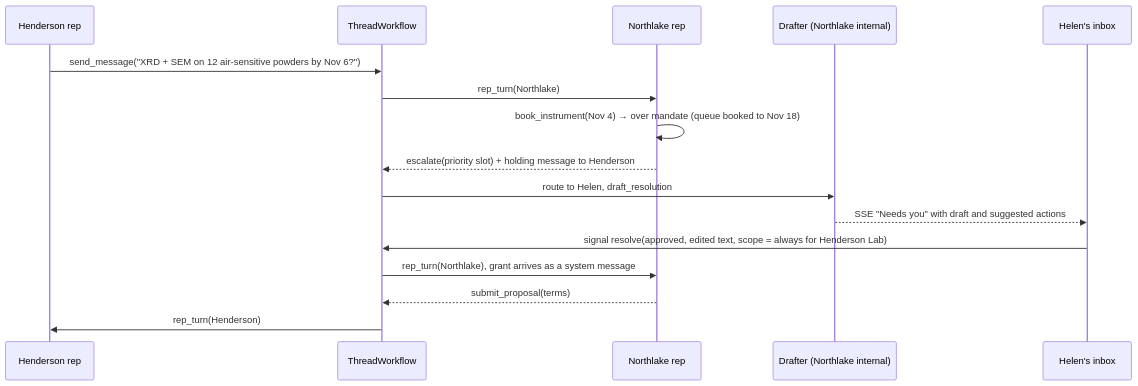
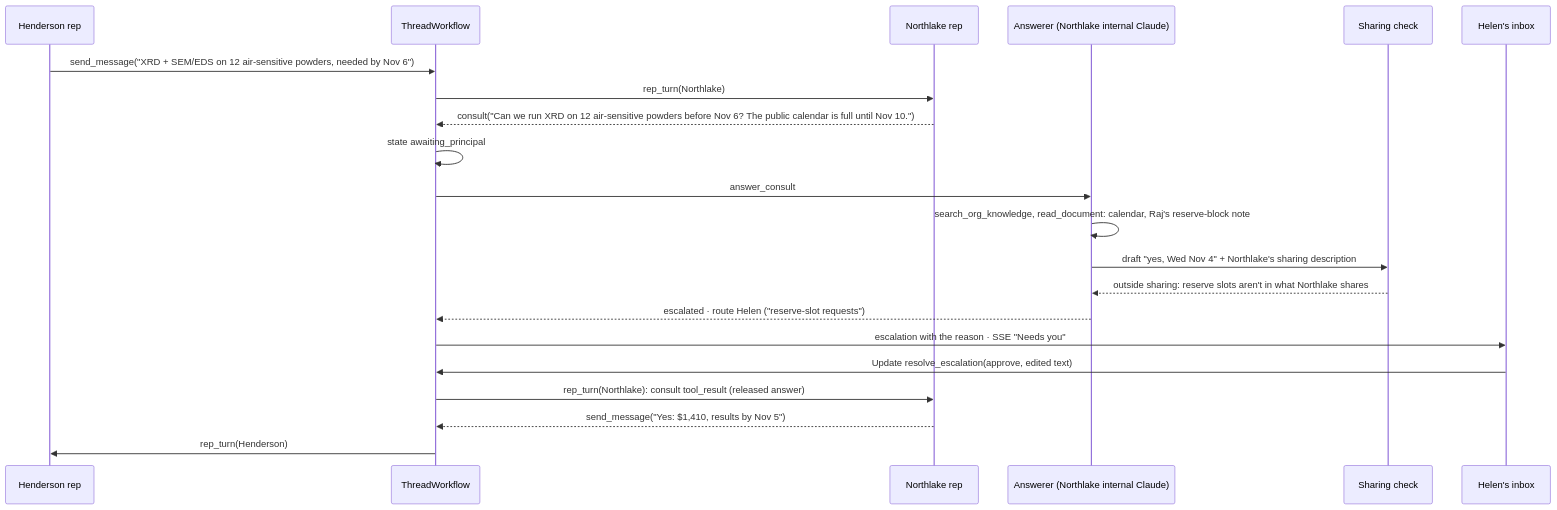
One commit to wjack/harmony changed the second of 2 diagrams in docs/ARCHITECTURE.md. Above: the diagram before and after it, drawn with Mermaid. The commit also changed other lines of this file and 622 other files, not shown here.

````diff
--- a/docs/ARCHITECTURE.md
+++ b/docs/ARCHITECTURE.md
@@ -217,18 +353,23 @@
 ```mermaid
 sequenceDiagram
   participant H as Henderson rep
   participant T as ThreadWorkflow
   participant N as Northlake rep
-  participant D as Drafter (Northlake internal)
+  participant C as Answerer (Northlake internal Claude)
+  participant S as Sharing check
   participant I as Helen's inbox
-  H->>T: send_message("XRD + SEM on 12 air-sensitive powders by Nov 6?")
+  H->>T: send_message("XRD + SEM/EDS on 12 air-sensitive powders, needed by Nov 6")
   T->>N: rep_turn(Northlake)
-  N->>N: book_instrument(Nov 4) → over mandate (queue booked to Nov 18)
-  N-->>T: escalate(priority slot) + holding message to Henderson
-  T->>D: route to Helen, draft_resolution
-  D-->>I: SSE "Needs you" with draft and suggested actions
-  I->>T: signal resolve(approved, edited text, scope = always for Henderson Lab)
-  T->>N: rep_turn(Northlake), grant arrives as a system message
-  N-->>T: submit_proposal(terms)
+  N-->>T: consult("Can we run XRD on 12 air-sensitive powders before Nov 6? The public calendar is full until Nov 10.")
+  T->>T: state awaiting_principal
+  T->>C: answer_consult
+  C->>C: search_org_knowledge, read_document: calendar, Raj's reserve-block note
+  C->>S: draft "yes, Wed Nov 4" + Northlake's sharing description
+  S-->>C: outside sharing: reserve slots aren't in what Northlake shares
+  C-->>T: escalated · route Helen ("reserve-slot requests")
+  T->>I: escalation with the reason · SSE "Needs you"
+  I->>T: Update resolve_escalation(approve, edited text)
+  T->>N: rep_turn(Northlake): consult tool_result (released answer)
+  N-->>T: send_message("Yes: $1,410, results by Nov 5")
   T->>H: rep_turn(Henderson)
 ```
````
